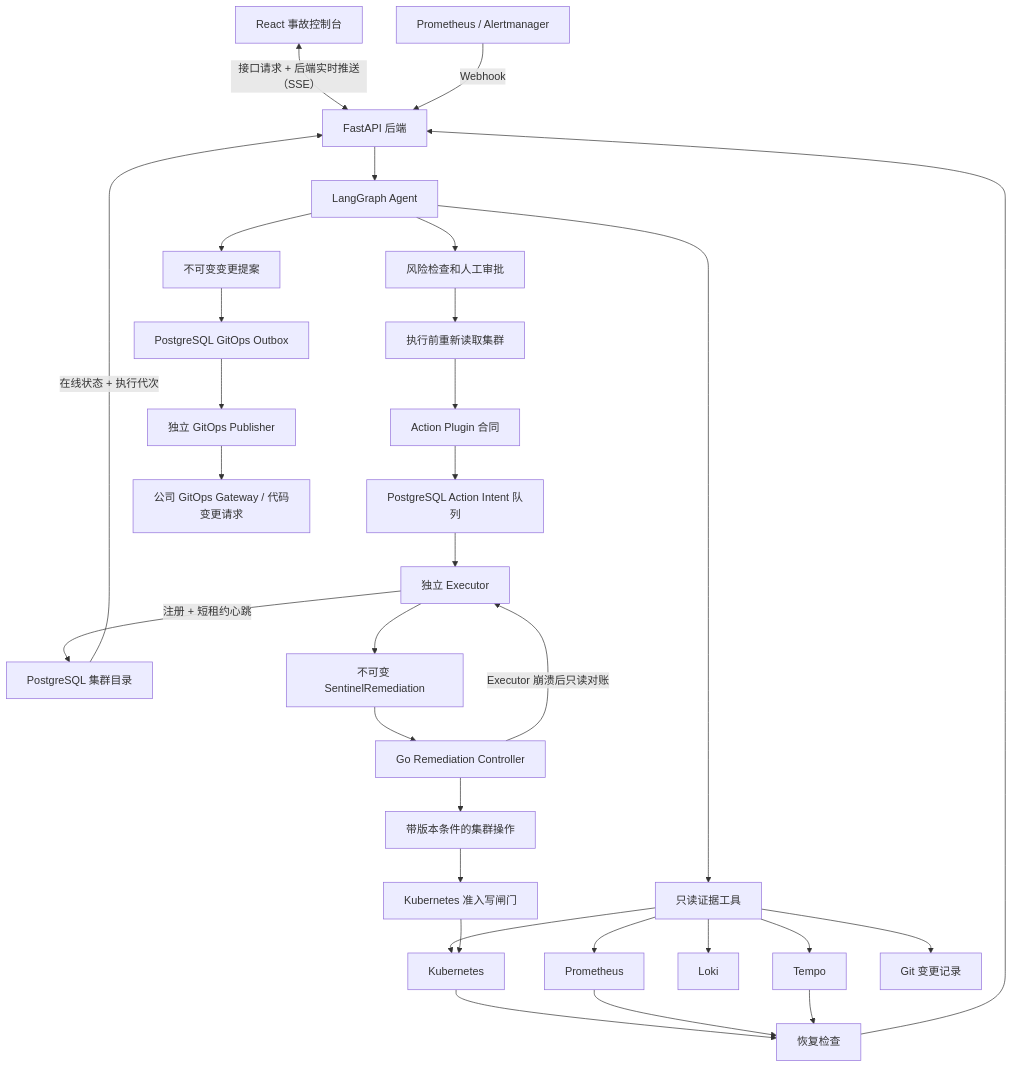
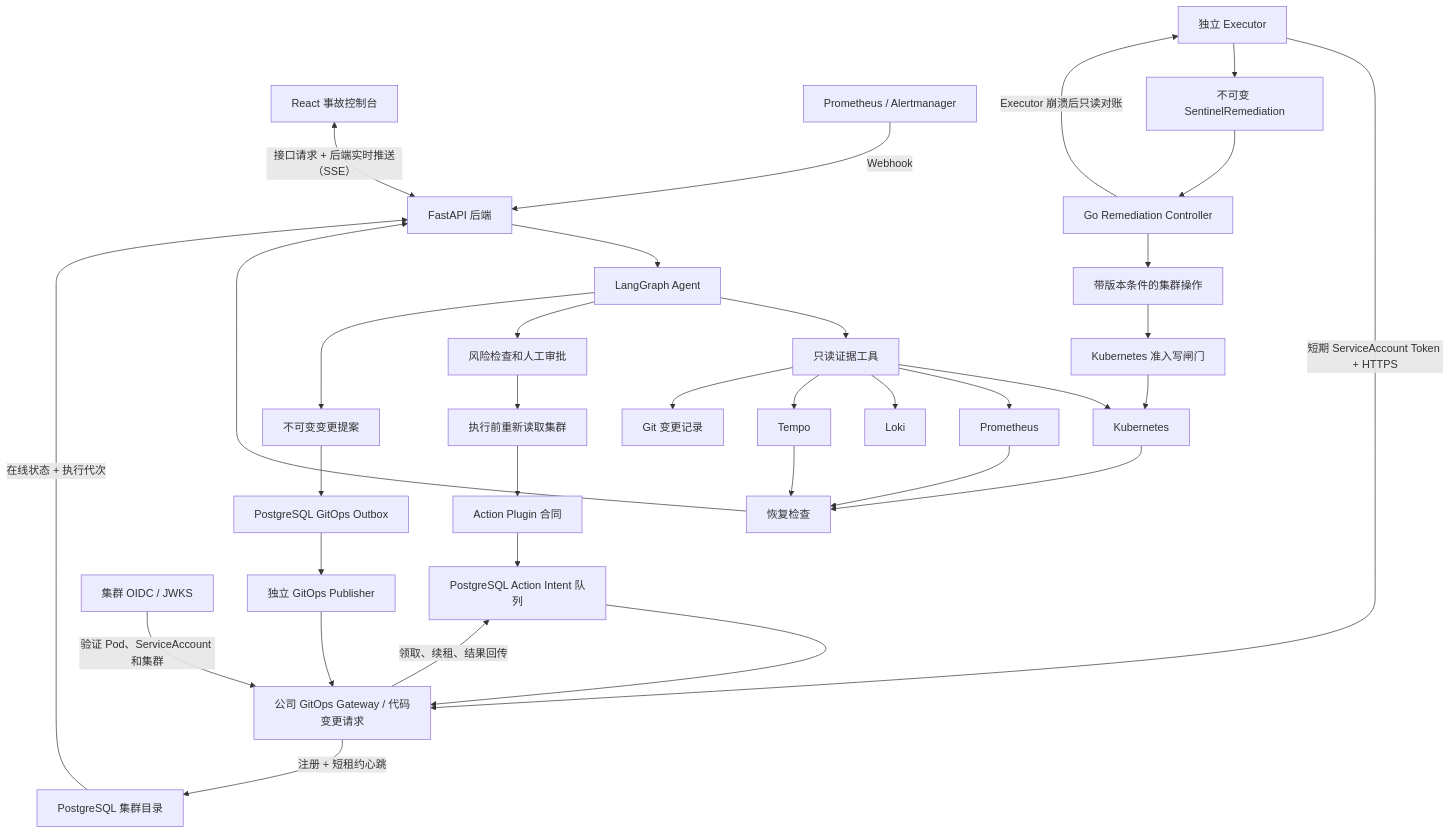
One commit to q741242673/sentinelops changed the second of 2 diagrams in README.md. Above: the diagram before and after it, drawn with Mermaid. The commit also changed other lines of this file and 29 other files, not shown here.

First line of the commit message:
增加 Control Gateway 与工作负载身份 (#36)

````diff
--- a/README.md
+++ b/README.md
@@ -56,33 +56,36 @@
 ```mermaid
 flowchart TB
     UI["React 事故控制台"] <-->|"接口请求 + 后端实时推送（SSE）"| API["FastAPI 后端"]
     AM["Prometheus / Alertmanager"] -->|"Webhook"| API
     API --> AGENT["LangGraph Agent"]
     AGENT --> READ["只读证据工具"]
     READ --> K8S["Kubernetes"]
     READ --> PROM["Prometheus"]
     READ --> LOKI["Loki"]
     READ --> TEMPO["Tempo"]
     READ --> GIT["Git 变更记录"]
     AGENT --> POLICY["风险检查和人工审批"]
     POLICY --> PREFLIGHT["执行前重新读取集群"]
     PREFLIGHT --> CATALOG["Action Plugin 合同"]
     CATALOG --> QUEUE["PostgreSQL Action Intent 队列"]
-    QUEUE --> EXECUTOR["独立 Executor"]
-    EXECUTOR -->|"注册 + 短租约心跳"| REGISTRY["PostgreSQL 集群目录"]
+    QUEUE --> GATEWAY["受认证的 Control Gateway"]
+    EXECUTOR["独立 Executor"] -->|"短期 ServiceAccount Token + HTTPS"| GATEWAY
+    OIDC["集群 OIDC / JWKS"] -->|"验证 Pod、ServiceAccount 和集群"| GATEWAY
+    GATEWAY -->|"领取、续租、结果回传"| QUEUE
+    GATEWAY -->|"注册 + 短租约心跳"| REGISTRY["PostgreSQL 集群目录"]
     REGISTRY -->|"在线状态 + 执行代次"| API
     EXECUTOR --> CONTRACT["不可变 SentinelRemediation"]
     CONTRACT --> CONTROLLER["Go Remediation Controller"]
     CONTROLLER --> WRITE["带版本条件的集群操作"]
     WRITE --> ADMISSION["Kubernetes 准入写闸门"]
     CONTROLLER -->|"Executor 崩溃后只读对账"| EXECUTOR
     AGENT --> PROPOSAL["不可变变更提案"]
     PROPOSAL --> OUTBOX["PostgreSQL GitOps Outbox"]
     OUTBOX --> PUBLISHER["独立 GitOps Publisher"]
     PUBLISHER --> GATEWAY["公司 GitOps Gateway / 代码变更请求"]
     ADMISSION --> K8S
     K8S --> VERIFY["恢复检查"]
     PROM --> VERIFY
     TEMPO --> VERIFY
     VERIFY --> API
 ```
````
